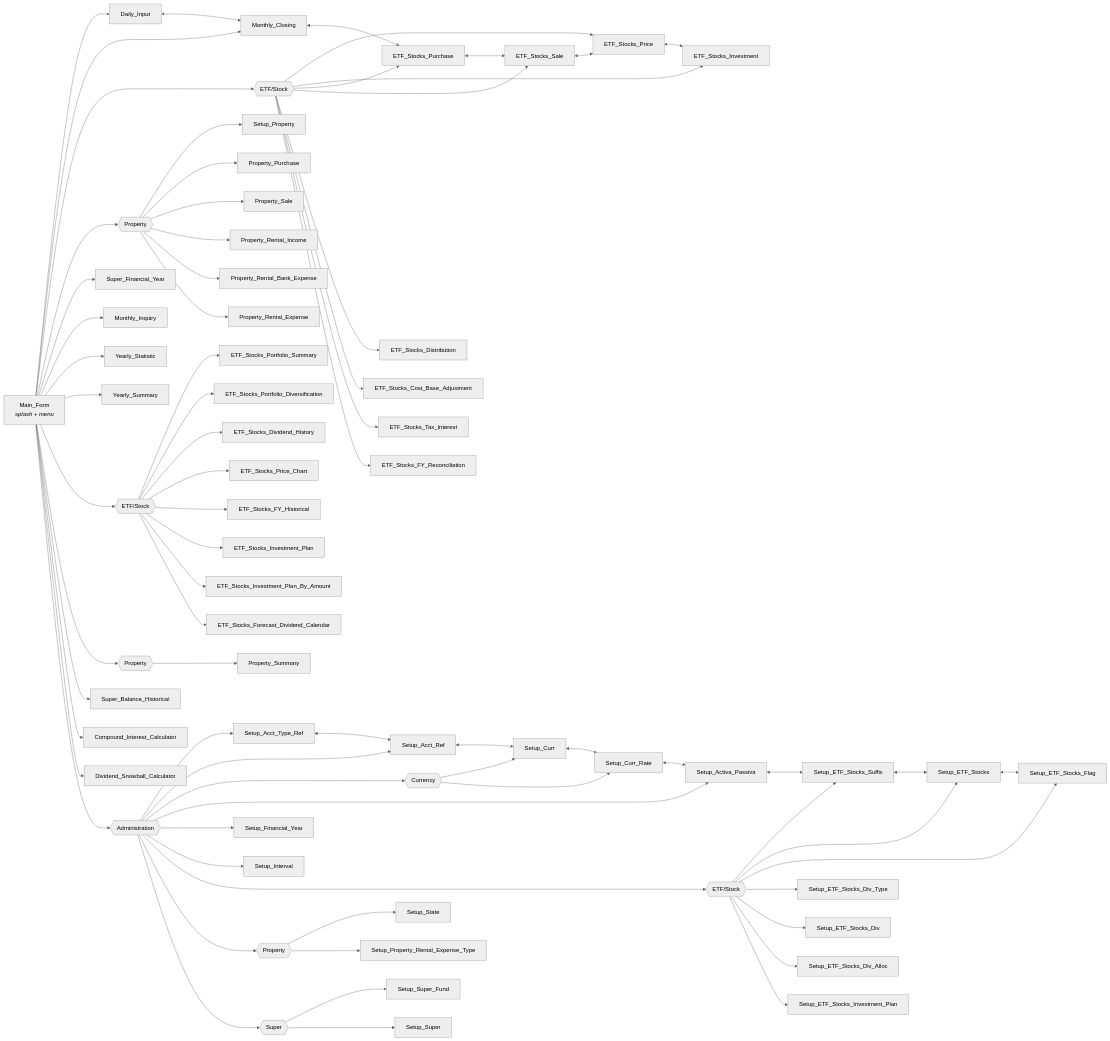
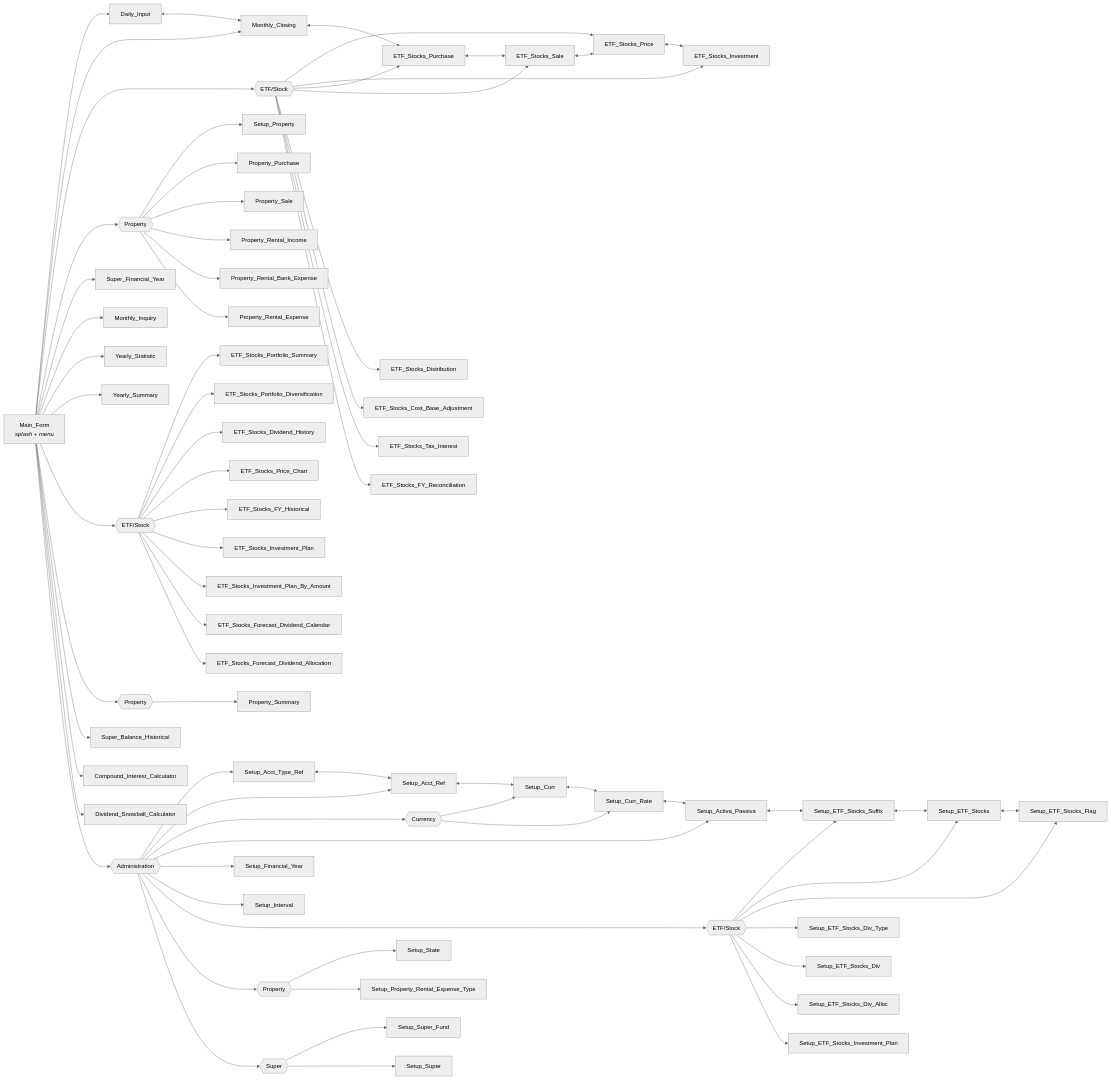
One commit to oscar-rijadi/FinancialBalance changed the second of 3 diagrams in README.md. Above: the diagram before and after it, drawn with Mermaid (neutral theme). The commit also changed other lines of this file and 30 other files, not shown here.

Commit message:
Implement Stock Forecast Dividend Allocation

````diff
--- a/README.md
+++ b/README.md
@@ -110,79 +110,80 @@
 ```mermaid
 flowchart LR
     MAIN["Main_Form<br/><i>splash + menu</i>"]
 
     MAIN --> DI["Daily_Input"]
     MAIN --> MC["Monthly_Closing"]
     MAIN --> PETFG{{"ETF/Stock"}}
     PETFG --> ETP["ETF_Stocks_Price"]
     PETFG --> ETI["ETF_Stocks_Investment"]
     PETFG --> ETB["ETF_Stocks_Purchase"]
     PETFG --> ETS["ETF_Stocks_Sale"]
     PETFG --> ETD["ETF_Stocks_Distribution"]
     PETFG --> ECB["ETF_Stocks_Cost_Base_Adjustment"]
     PETFG --> ETI2["ETF_Stocks_Tax_Interest"]
     PETFG --> ETR["ETF_Stocks_FY_Reconciliation"]
     MAIN --> PPROPG{{"Property"}}
     PPROPG --> SPROP["Setup_Property"]
     PPROPG --> PPUR["Property_Purchase"]
     PPROPG --> PSAL["Property_Sale"]
     PPROPG --> PRI["Property_Rental_Income"]
     PPROPG --> PRBE["Property_Rental_Bank_Expense"]
     PPROPG --> PRE["Property_Rental_Expense"]
     MAIN --> SFYP["Super_Financial_Year"]
     MAIN --> MI["Monthly_Inquiry"]
     MAIN --> YT["Yearly_Statistic"]
     MAIN --> YS["Yearly_Summary"]
     MAIN --> PORTG{{"ETF/Stock"}}
     PORTG --> PSUM["ETF_Stocks_Portfolio_Summary"]
     PORTG --> PDIV["ETF_Stocks_Portfolio_Diversification"]
     PORTG --> PDVH["ETF_Stocks_Dividend_History"]
     PORTG --> PPCH["ETF_Stocks_Price_Chart"]
     PORTG --> PFYH["ETF_Stocks_FY_Historical"]
     PORTG --> PIVP["ETF_Stocks_Investment_Plan"]
     PORTG --> PIVA["ETF_Stocks_Investment_Plan_By_Amount"]
     PORTG --> PFDC["ETF_Stocks_Forecast_Dividend_Calendar"]
+    PORTG --> PFDA["ETF_Stocks_Forecast_Dividend_Allocation"]
     MAIN --> IPROPG{{"Property"}}
     IPROPG --> PSMY["Property_Summary"]
     MAIN --> SBH["Super_Balance_Historical"]
     MAIN --> CIC["Compound_Interest_Calculator"]
     MAIN --> DSC["Dividend_Snowball_Calculator"]
 
     MAIN --> ADMIN{{"Administration"}}
     ADMIN --> SATR["Setup_Acct_Type_Ref"]
     ADMIN --> SAR["Setup_Acct_Ref"]
     ADMIN --> CURG{{"Currency"}}
     CURG --> SC["Setup_Curr"]
     CURG --> SCR["Setup_Curr_Rate"]
     ADMIN --> SAP["Setup_Activa_Passiva"]
     ADMIN --> SFY["Setup_Financial_Year"]
     ADMIN --> SIV["Setup_Interval"]
     ADMIN --> ETFG{{"ETF/Stock"}}
     ETFG --> SES["Setup_ETF_Stocks_Suffix"]
     ETFG --> SET["Setup_ETF_Stocks"]
     ETFG --> SEF["Setup_ETF_Stocks_Flag"]
     ETFG --> SDT["Setup_ETF_Stocks_Div_Type"]
     ETFG --> SDV["Setup_ETF_Stocks_Div"]
     ETFG --> SDA["Setup_ETF_Stocks_Div_Alloc"]
     ETFG --> SIP["Setup_ETF_Stocks_Investment_Plan"]
     ADMIN --> PROPG{{"Property"}}
     PROPG --> SST["Setup_State"]
     PROPG --> SPRET["Setup_Property_Rental_Expense_Type"]
     ADMIN --> SUPG{{"Super"}}
     SUPG --> SSF["Setup_Super_Fund"]
     SUPG --> SSU["Setup_Super"]
 
     DI <--> MC
     MC <--> ETB
     ETB <--> ETS
     ETS <--> ETP
     ETP <--> ETI
 
     SATR <--> SAR
     SAR <--> SC
     SC <--> SCR
     SCR <--> SAP
     SAP <--> SES
     SES <--> SET
     SET <--> SEF
 ```
````
